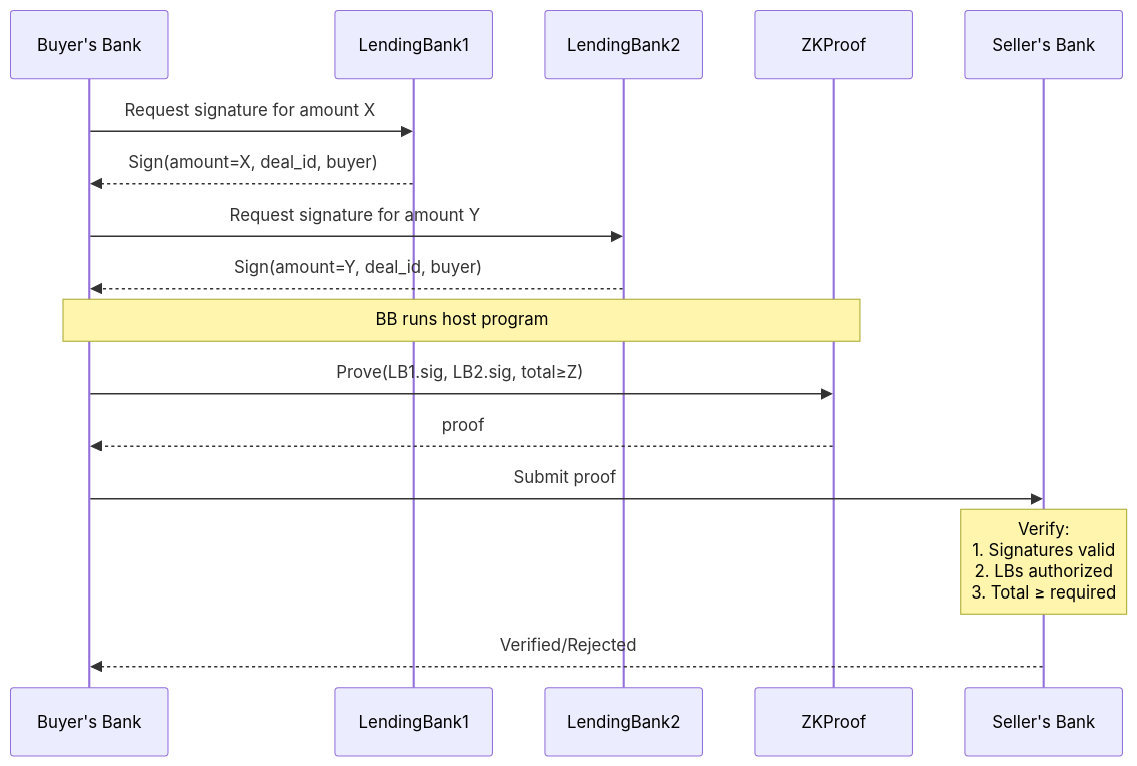
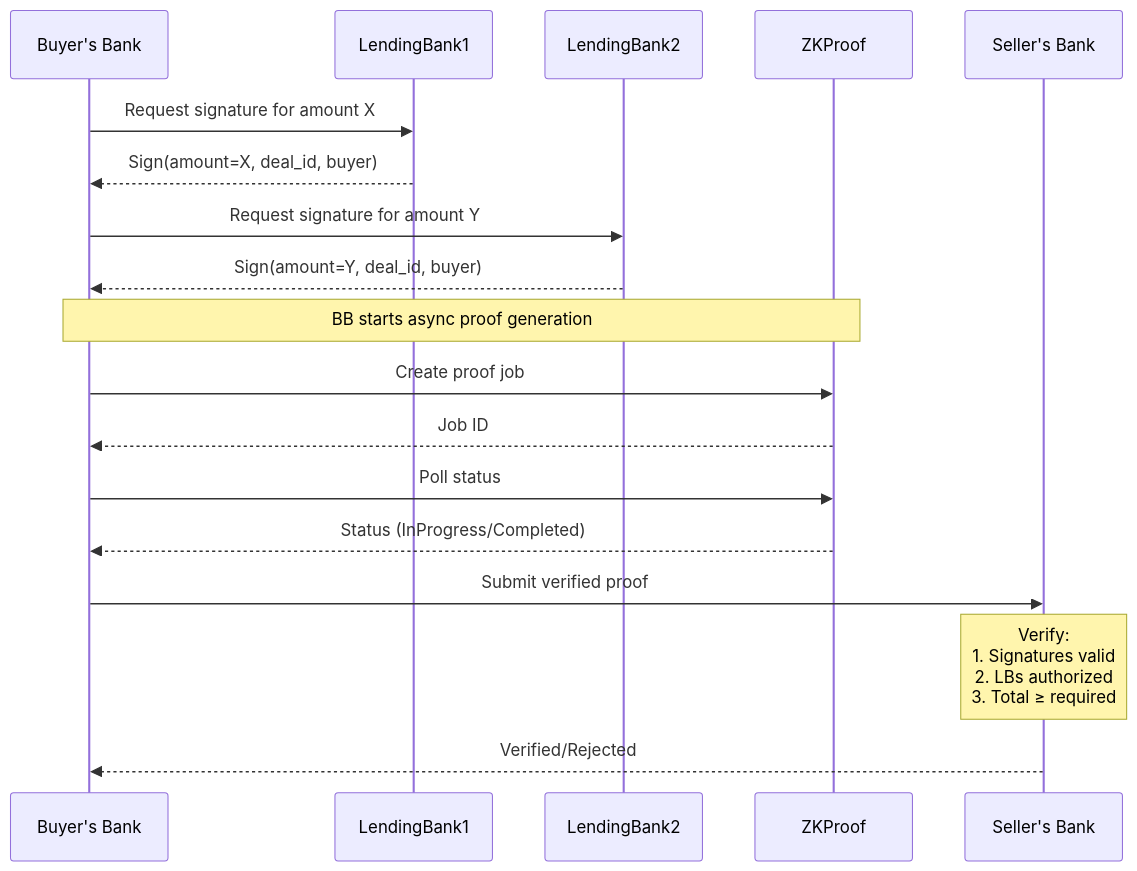
One commit to oskarth/rwz-pof changed the diagram in README.md. Above: the diagram before and after it, drawn with Mermaid. The commit also changed other lines of this file, not shown here.

````diff
--- a/README.md
+++ b/README.md
@@ -168,21 +128,23 @@
 ```mermaid
 sequenceDiagram
     participant BB as Buyer's Bank
     participant LB1 as LendingBank1
     participant LB2 as LendingBank2
     participant ZK as ZKProof
     participant SB as Seller's Bank
 
     BB->>LB1: Request signature for amount X
     LB1-->>BB: Sign(amount=X, deal_id, buyer)
     BB->>LB2: Request signature for amount Y
     LB2-->>BB: Sign(amount=Y, deal_id, buyer)
 
-    Note over BB,ZK: BB runs host program
-    BB->>ZK: Prove(LB1.sig, LB2.sig, total≥Z)
-    ZK-->>BB: proof
+    Note over BB,ZK: BB starts async proof generation
+    BB->>ZK: Create proof job
+    ZK-->>BB: Job ID
+    BB->>ZK: Poll status
+    ZK-->>BB: Status (InProgress/Completed)
 
-    BB->>SB: Submit proof
+    BB->>SB: Submit verified proof
     Note over SB: Verify:<br/>1. Signatures valid<br/>2. LBs authorized<br/>3. Total ≥ required
     SB-->>BB: Verified/Rejected
 ```
````
